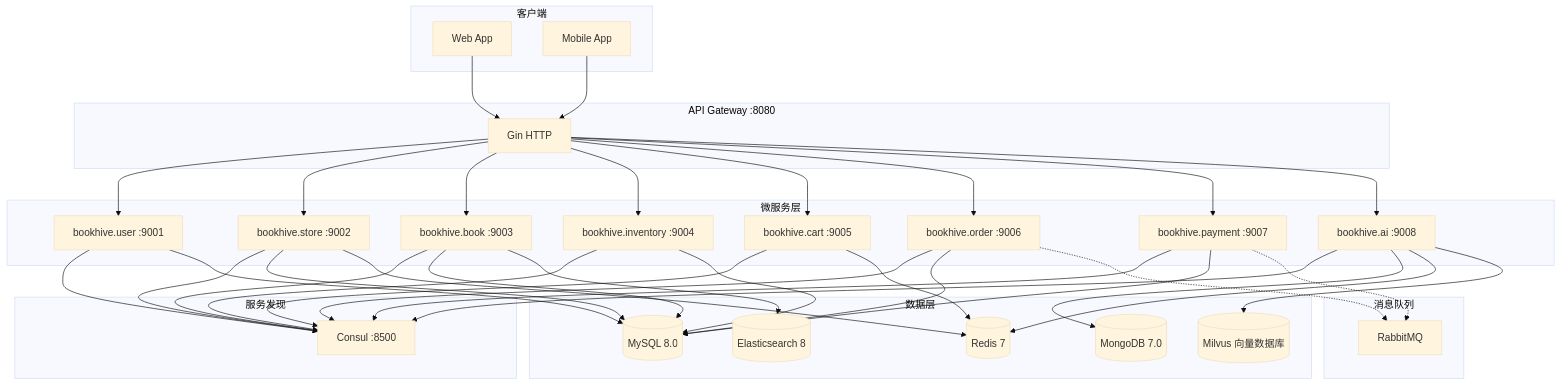
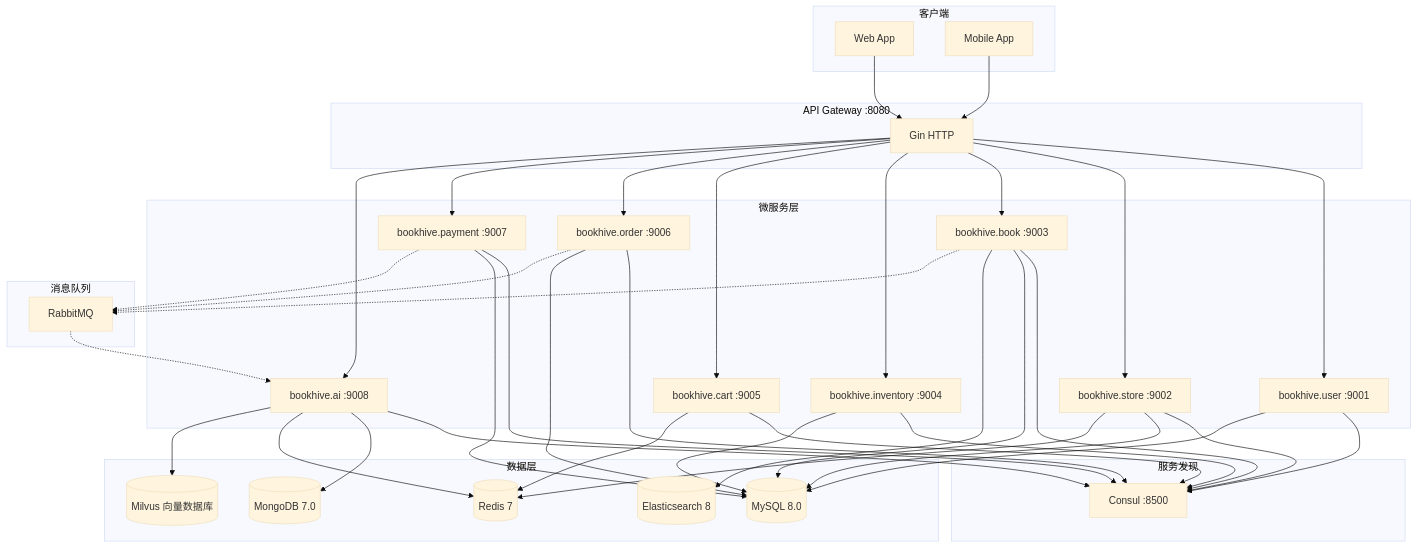
The diagram in README.md (qiwang999/book-e-commerce-micro), drawn with Mermaid (base theme) before and after one commit. The commit also changed other lines of this file and 36 other files, not shown here.

````diff
--- a/README.md
+++ b/README.md
@@ -18,74 +18,76 @@
 ```mermaid
 flowchart TB
     subgraph Client["客户端"]
         Web[Web App]
         Mobile[Mobile App]
     end
 
     subgraph Gateway["API Gateway :8080"]
         Gin[Gin HTTP]
     end
 
     subgraph Services["微服务层"]
         User[bookhive.user :9001]
         Store[bookhive.store :9002]
         Book[bookhive.book :9003]
         Inventory[bookhive.inventory :9004]
         Cart[bookhive.cart :9005]
         Order[bookhive.order :9006]
         Payment[bookhive.payment :9007]
         AI[bookhive.ai :9008]
     end
 
     subgraph Discovery["服务发现"]
         Consul[Consul :8500]
     end
 
     subgraph Data["数据层"]
         MySQL[(MySQL 8.0)]
         Mongo[(MongoDB 7.0)]
         Redis[(Redis 7)]
         ES[(Elasticsearch 8)]
         Milvus[(Milvus 向量数据库)]
     end
 
     subgraph MQ["消息队列"]
         RabbitMQ[RabbitMQ]
     end
 
     Web --> Gin
     Mobile --> Gin
     Gin --> User
     Gin --> Store
     Gin --> Book
     Gin --> Inventory
     Gin --> Cart
     Gin --> Order
     Gin --> Payment
     Gin --> AI
 
     User --> Consul
     Store --> Consul
     Book --> Consul
     Inventory --> Consul
     Cart --> Consul
     Order --> Consul
     Payment --> Consul
     AI --> Consul
 
     User --> MySQL
     Store --> MySQL
     Store --> Redis
     Book --> MySQL
     Book --> ES
     Inventory --> MySQL
     Cart --> Redis
     Order --> MySQL
     Payment --> MySQL
     AI --> Mongo
     AI --> Redis
     AI --> Milvus
 
+    Book -.-> RabbitMQ
     Order -.-> RabbitMQ
     Payment -.-> RabbitMQ
+    RabbitMQ -.-> AI
 ```
````
